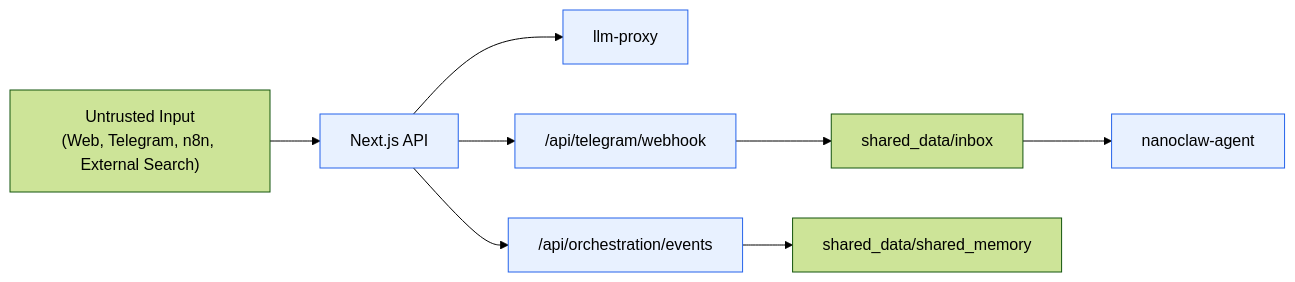
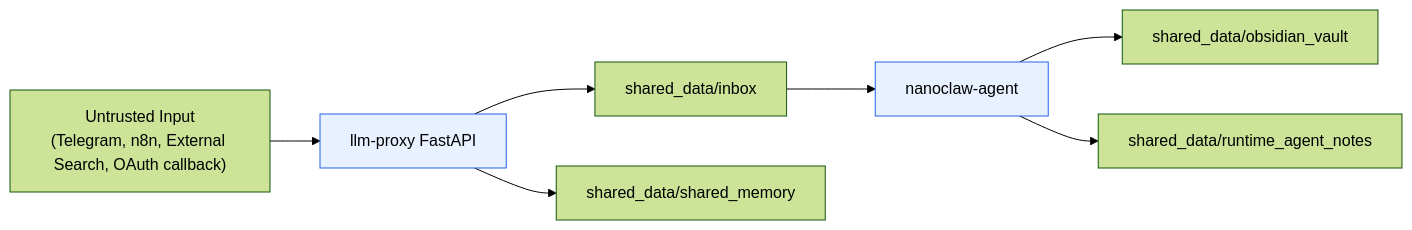
The diagram in docs/SECURITY_BASELINE.md (Merchantlee99/Personal-AI-agent-v2), drawn with Mermaid (forest theme) before and after one commit. The commit also changed other lines of this file and 174 other files, not shown here.

First line of the commit message:
feat: linearize telegram-first nanoclaw runtime (#15)

````diff
--- a/docs/SECURITY_BASELINE.md
+++ b/docs/SECURITY_BASELINE.md
@@ -13,13 +15,12 @@
 ```mermaid
 flowchart LR
-  EXT["Untrusted Input\n(Web, Telegram, n8n, External Search)"] --> API["Next.js API"]
-  API --> PX["llm-proxy"]
-  API --> ORCH["/api/orchestration/events"]
-  API --> TGCB["/api/telegram/webhook"]
-  TGCB --> INBOX["shared_data/inbox"]
-  ORCH --> MEM["shared_data/shared_memory"]
+  EXT["Untrusted Input\n(Telegram, n8n, External Search, OAuth callback)"] --> PX["llm-proxy FastAPI"]
+  PX --> INBOX["shared_data/inbox"]
+  PX --> MEM["shared_data/shared_memory"]
   INBOX --> AG["nanoclaw-agent"]
+  AG --> VAULT["shared_data/obsidian_vault"]
+  AG --> RUNTIME["shared_data/runtime_agent_notes"]
 
   classDef trusted fill:#e8f1ff,stroke:#2563eb,stroke-width:1px;
-  class API,PX,ORCH,TGCB,AG trusted;
+  class PX,AG trusted;
 ```
````
